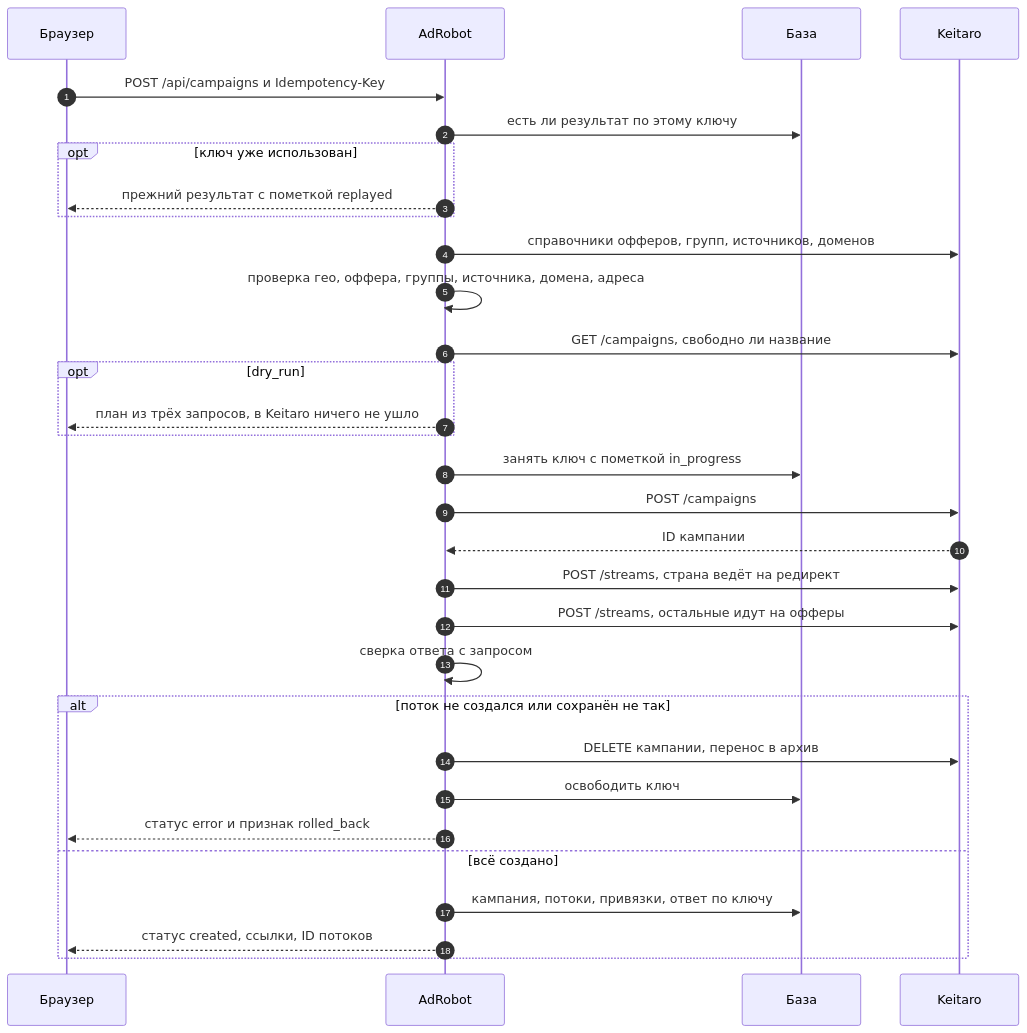
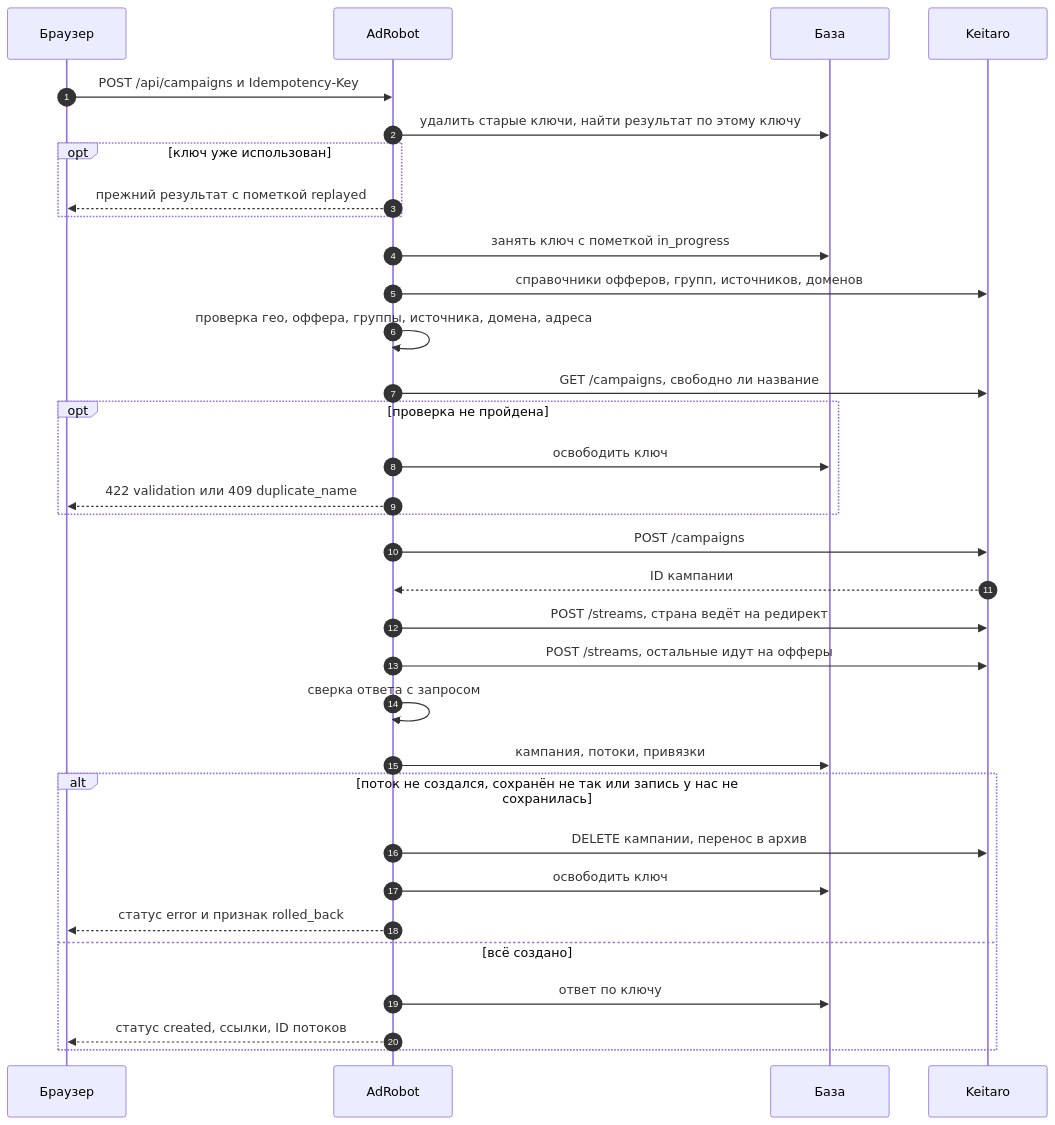
The third of 4 diagrams in docs/ARCHITECTURE.md (ermahavwork/adrobot-keitaro), drawn with Mermaid before and after one commit. The commit also changed other lines of this file and 61 other files, not shown here.

````diff
--- a/docs/ARCHITECTURE.md
+++ b/docs/ARCHITECTURE.md
@@ -106,34 +115,36 @@
 ```mermaid
 sequenceDiagram
     autonumber
     participant UI as Браузер
     participant API as AdRobot
     participant DB as База
     participant KT as Keitaro
 
     UI->>API: POST /api/campaigns и Idempotency-Key
-    API->>DB: есть ли результат по этому ключу
+    API->>DB: удалить старые ключи, найти результат по этому ключу
     opt ключ уже использован
         API-->>UI: прежний результат с пометкой replayed
     end
+    API->>DB: занять ключ с пометкой in_progress
     API->>KT: справочники офферов, групп, источников, доменов
     API->>API: проверка гео, оффера, группы, источника, домена, адреса
     API->>KT: GET /campaigns, свободно ли название
-    opt dry_run
-        API-->>UI: план из трёх запросов, в Keitaro ничего не ушло
+    opt проверка не пройдена
+        API->>DB: освободить ключ
+        API-->>UI: 422 validation или 409 duplicate_name
     end
-    API->>DB: занять ключ с пометкой in_progress
     API->>KT: POST /campaigns
     KT-->>API: ID кампании
     API->>KT: POST /streams, страна ведёт на редирект
     API->>KT: POST /streams, остальные идут на офферы
     API->>API: сверка ответа с запросом
-    alt поток не создался или сохранён не так
+    API->>DB: кампания, потоки, привязки
+    alt поток не создался, сохранён не так или запись у нас не сохранилась
         API->>KT: DELETE кампании, перенос в архив
         API->>DB: освободить ключ
         API-->>UI: статус error и признак rolled_back
     else всё создано
-        API->>DB: кампания, потоки, привязки, ответ по ключу
+        API->>DB: ответ по ключу
         API-->>UI: статус created, ссылки, ID потоков
     end
 ```
````
